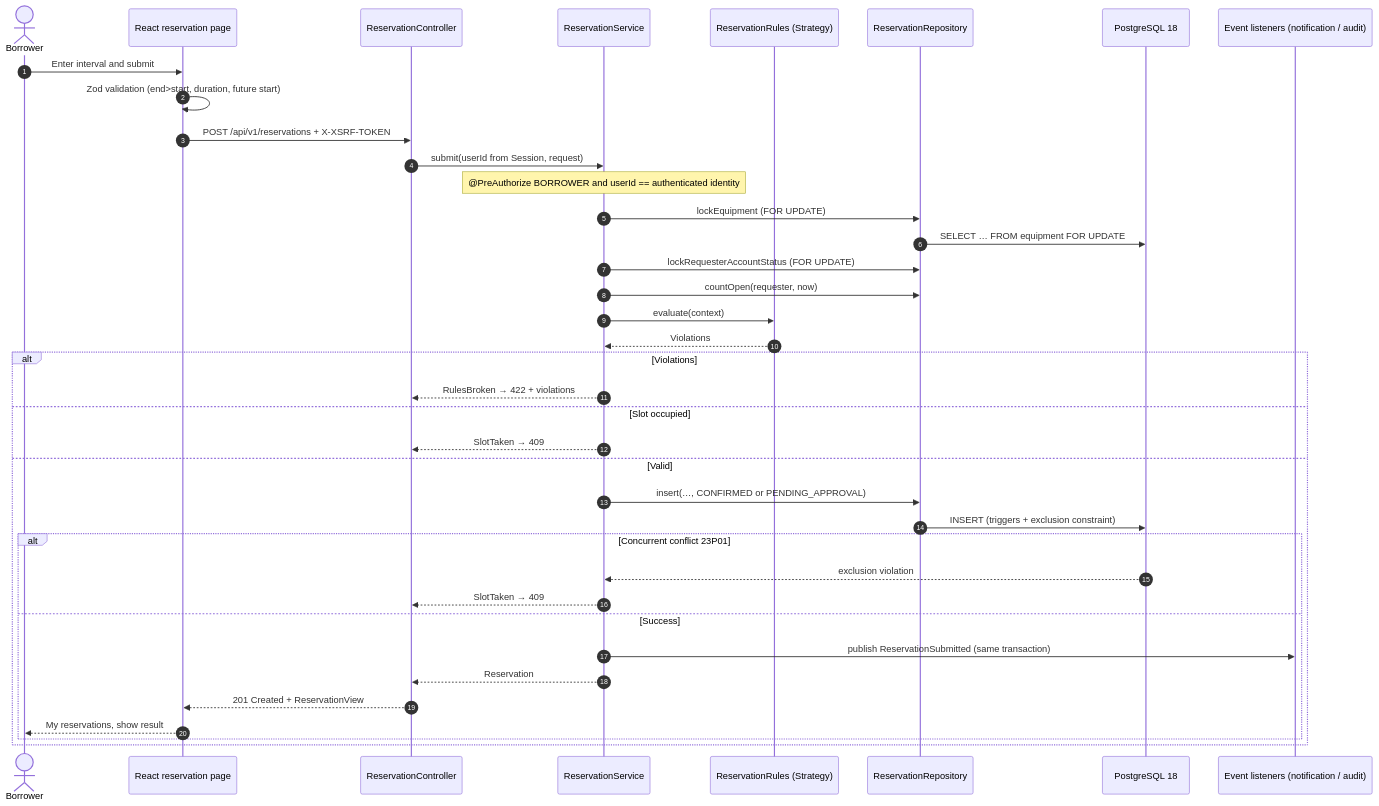
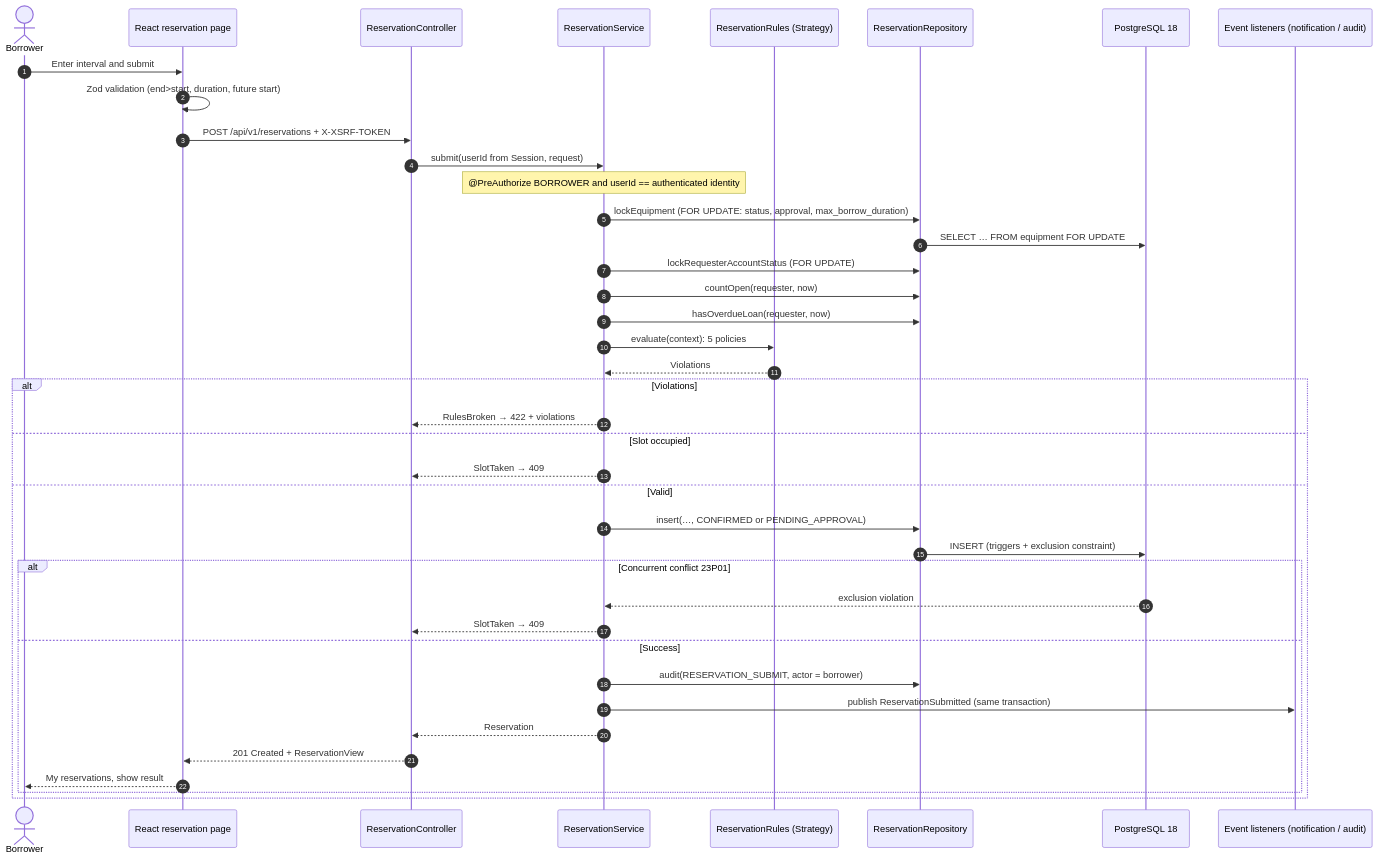
The diagram in docs/diagrams/uc01-sequence.mmd (YukiOvOb/AGFP), drawn with Mermaid before and after one commit. The commit also changed 1 other file, not shown here.

Commit message:
docs(uc01): refresh use case, sequence diagram and test bench for main
Add exception flows for the overdue-borrower rule, the per-item maximum
duration and the reservation audit rows, each mapped to its tests. The
sequence diagram shows the overdue check and the audit write; the Strategy
row lists the five policies. Test counts come from a 2026-10-15 run on
0345a50; the 2026-10-05 limitations, now resolved, are replaced by the
current ones.

```diff
--- a/docs/diagrams/uc01-sequence.mmd
+++ b/docs/diagrams/uc01-sequence.mmd
@@ -1,39 +1,41 @@
 %% UC01 Reservation Submission — Sequence Diagram
 sequenceDiagram
   autonumber
   actor B as Borrower
   participant W as React reservation page
   participant C as ReservationController
   participant S as ReservationService
   participant P as ReservationRules (Strategy)
   participant R as ReservationRepository
   participant D as PostgreSQL 18
   participant E as Event listeners (notification / audit)
   B->>W: Enter interval and submit
   W->>W: Zod validation (end>start, duration, future start)
   W->>C: POST /api/v1/reservations + X-XSRF-TOKEN
   C->>S: submit(userId from Session, request)
   Note over S: @PreAuthorize BORROWER and userId == authenticated identity
-  S->>R: lockEquipment (FOR UPDATE)
+  S->>R: lockEquipment (FOR UPDATE: status, approval, max_borrow_duration)
   R->>D: SELECT … FROM equipment FOR UPDATE
   S->>R: lockRequesterAccountStatus (FOR UPDATE)
   S->>R: countOpen(requester, now)
-  S->>P: evaluate(context)
+  S->>R: hasOverdueLoan(requester, now)
+  S->>P: evaluate(context): 5 policies
   P-->>S: Violations
   alt Violations
     S-->>C: RulesBroken → 422 + violations
   else Slot occupied
     S-->>C: SlotTaken → 409
   else Valid
     S->>R: insert(…, CONFIRMED or PENDING_APPROVAL)
     R->>D: INSERT (triggers + exclusion constraint)
     alt Concurrent conflict 23P01
       D-->>S: exclusion violation
       S-->>C: SlotTaken → 409
     else Success
+      S->>R: audit(RESERVATION_SUBMIT, actor = borrower)
       S->>E: publish ReservationSubmitted (same transaction)
       S-->>C: Reservation
       C-->>W: 201 Created + ReservationView
       W-->>B: My reservations, show result
     end
   end
```
